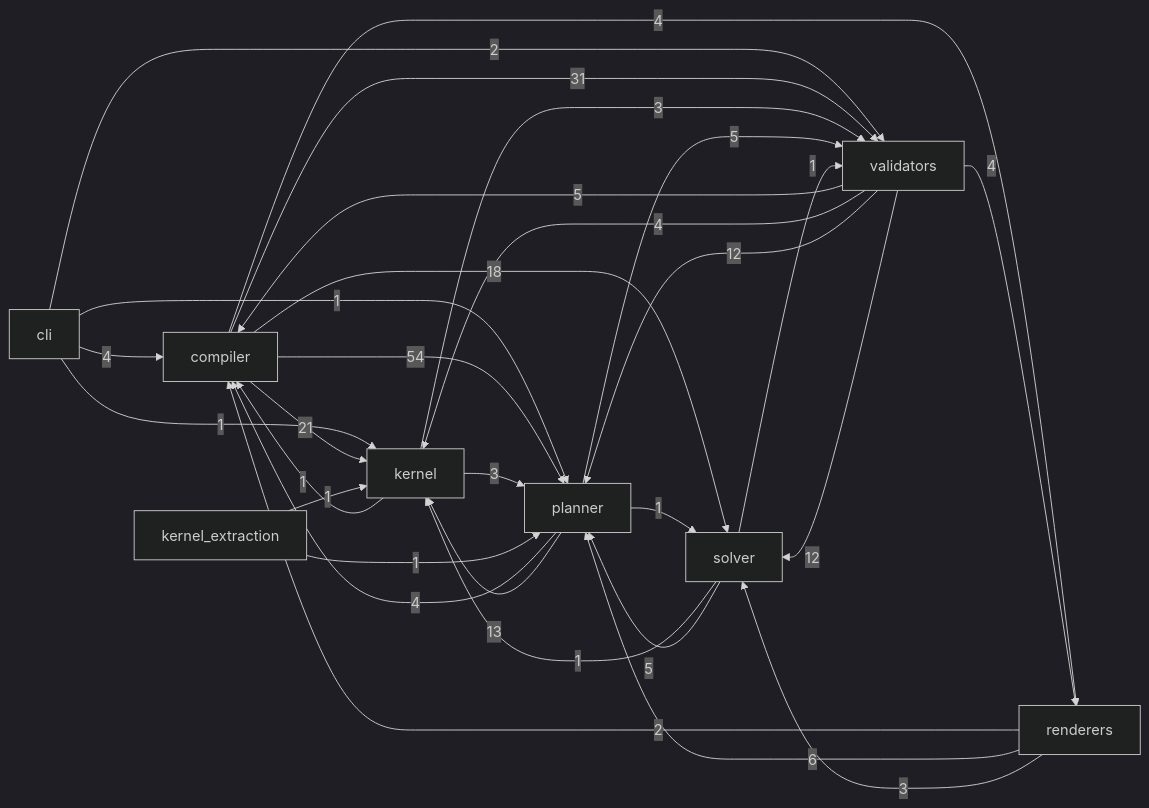
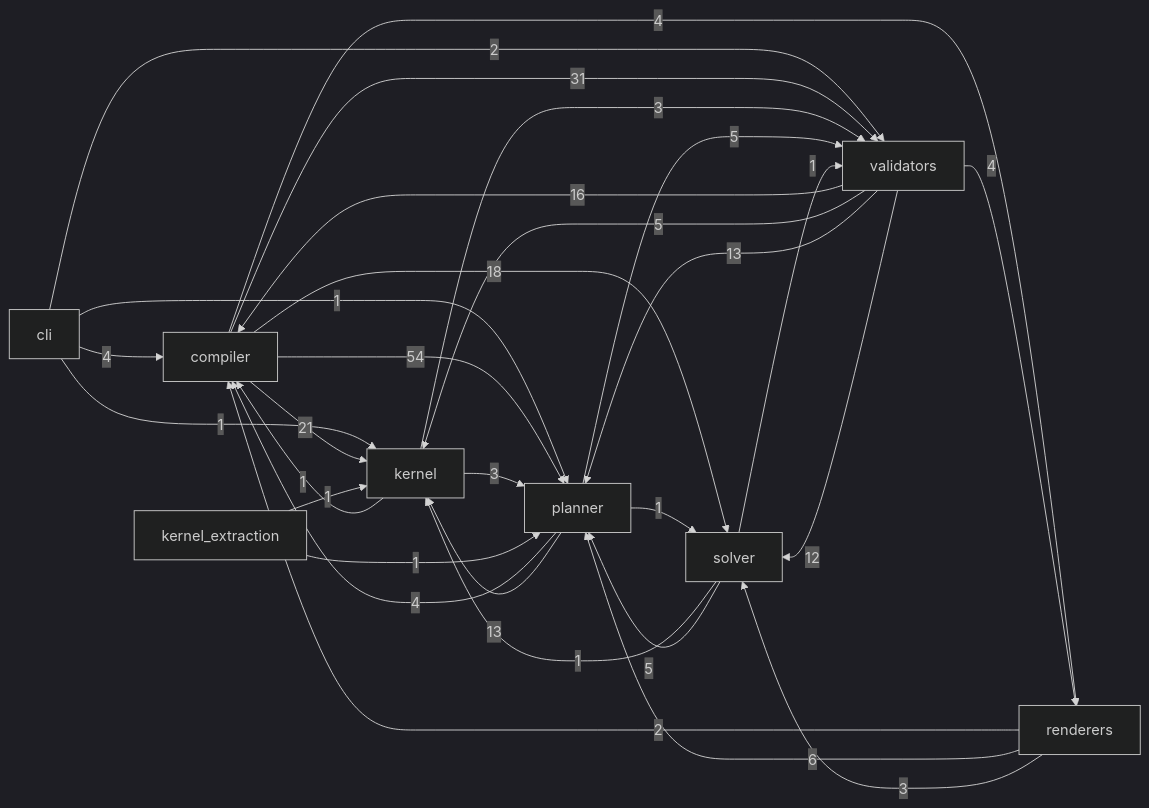
The diagram in docs/reference/code.md (Kingsley-Cyber/cinematic-compiler-core), drawn with Mermaid (dark theme) before and after one commit. The commit also changed other lines of this file and 16 other files, not shown here.

First line of the commit message:
[S-119] The graphs turn as one wheel: data-flow contract, cross-graph consistency, end-to-end tracer (ADR-O115)

````diff
--- a/docs/reference/code.md
+++ b/docs/reference/code.md
@@ -15,32 +15,32 @@
 ```mermaid
 flowchart LR
   cli -->|4| compiler
   cli -->|1| kernel
   cli -->|1| planner
   cli -->|2| validators
   compiler -->|21| kernel
   compiler -->|54| planner
   compiler -->|4| renderers
   compiler -->|18| solver
   compiler -->|31| validators
   kernel -->|1| compiler
   kernel -->|3| planner
   kernel -->|3| validators
   kernel_extraction -->|1| kernel
   kernel_extraction -->|1| planner
   planner -->|4| compiler
   planner -->|13| kernel
   planner -->|1| solver
   planner -->|5| validators
   renderers -->|2| compiler
   renderers -->|6| planner
   renderers -->|3| solver
   solver -->|1| kernel
   solver -->|5| planner
   solver -->|1| validators
-  validators -->|5| compiler
-  validators -->|4| kernel
-  validators -->|12| planner
+  validators -->|16| compiler
+  validators -->|5| kernel
+  validators -->|13| planner
   validators -->|4| renderers
   validators -->|12| solver
 ```
````
